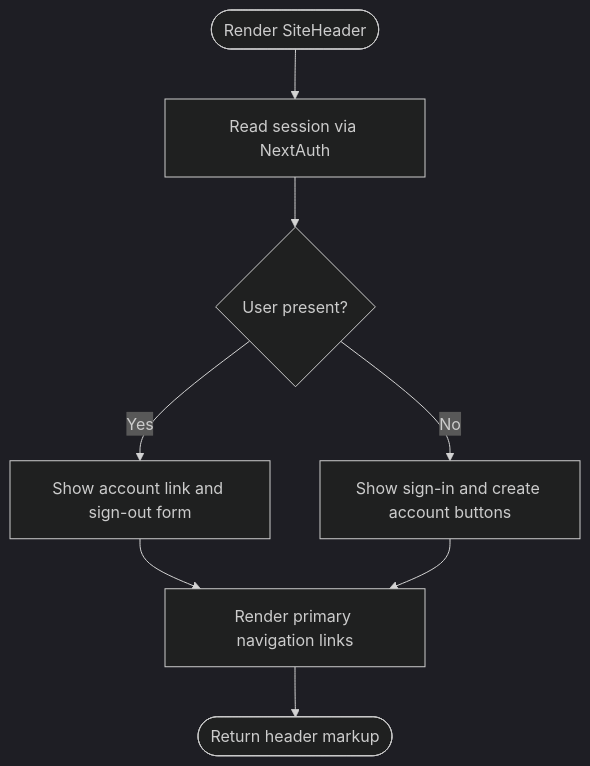
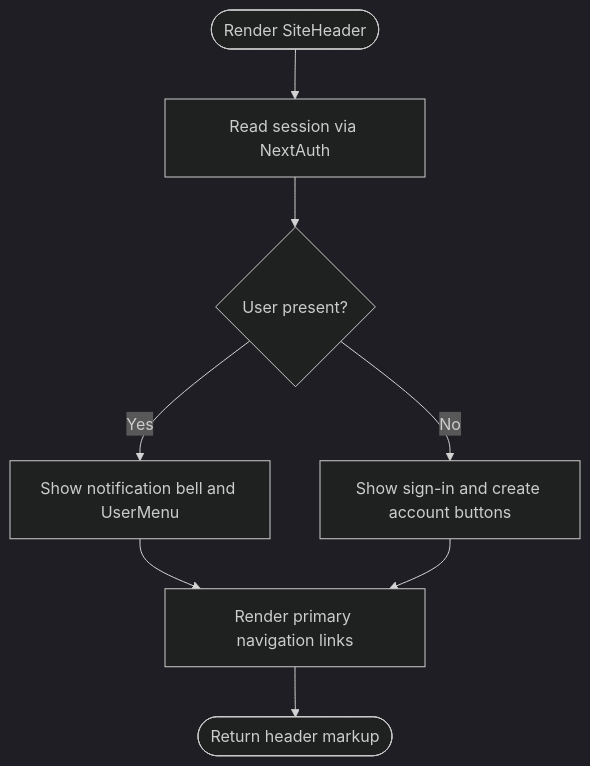
Before and after one commit to gyamposudodzi/Timberland: the third of 6 diagrams in .qoder/repowiki/en/content/UI Components/Layout Components.md, drawn with Mermaid (dark theme). The commit also changed other lines of this file and 78 other files, not shown here.

````diff
--- a/.qoder/repowiki/en/content/UI Components/Layout Components.md
+++ b/.qoder/repowiki/en/content/UI Components/Layout Components.md
@@ -153,10 +181,10 @@
 ```mermaid
 flowchart TD
 Start(["Render SiteHeader"]) --> ReadSession["Read session via NextAuth"]
 ReadSession --> HasUser{"User present?"}
-HasUser --> |Yes| ShowAccount["Show account link and sign-out form"]
+HasUser --> |Yes| ShowUserMenu["Show notification bell and UserMenu"]
 HasUser --> |No| ShowAuthButtons["Show sign-in and create account buttons"]
-ShowAccount --> RenderNav["Render primary navigation links"]
+ShowUserMenu --> RenderNav["Render primary navigation links"]
 ShowAuthButtons --> RenderNav
 RenderNav --> End(["Return header markup"])
 ```
````
